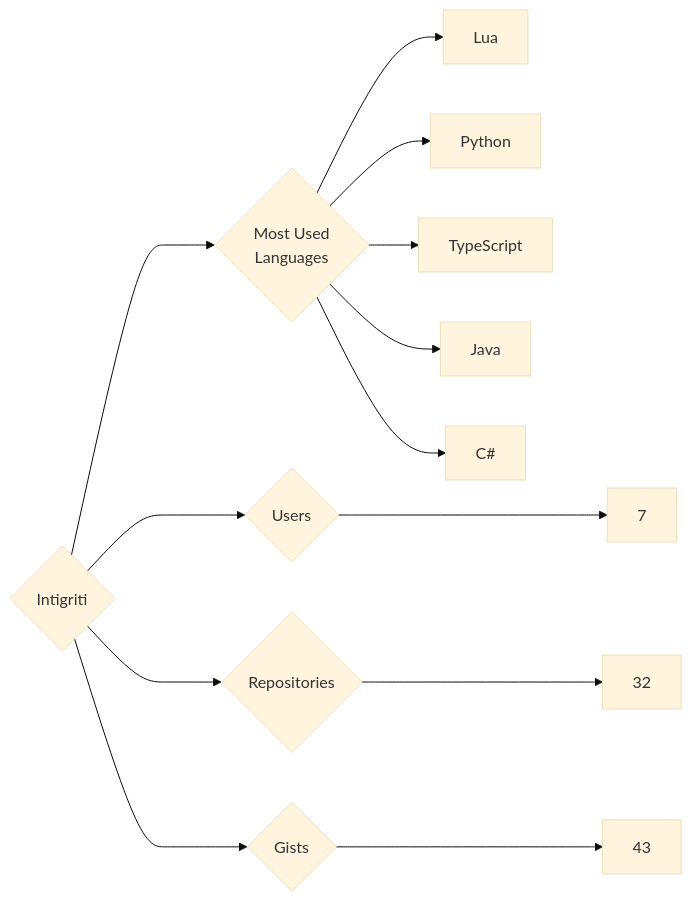
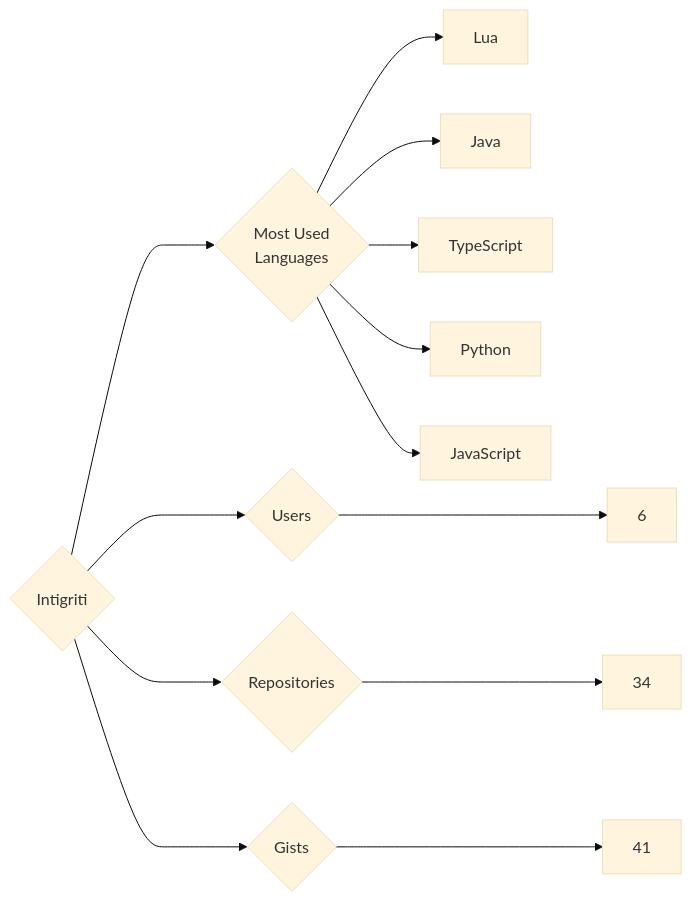
Before and after one commit to trickest/insiders: the diagram in targets/Intigriti/README.md, drawn with Mermaid (base theme). The commit also changed 1092 other files, not shown here.

````diff
--- a/targets/Intigriti/README.md
+++ b/targets/Intigriti/README.md
@@ -3,13 +3,13 @@
 ```mermaid
 graph LR
 COMPANY_NAME{Intigriti}
-COMPANY_NAME ---> U{Users} ---> UN[7]
-COMPANY_NAME ---> R{Repositories} ---> RN[32]
-COMPANY_NAME ---> G{Gists} ---> GN[43]
+COMPANY_NAME ---> U{Users} ---> UN[6]
+COMPANY_NAME ---> R{Repositories} ---> RN[34]
+COMPANY_NAME ---> G{Gists} ---> GN[41]
 COMPANY_NAME ---> ML{Most Used<br>Languages}
 ML --> Lua[Lua]
+ML --> Java[Java]
+ML --> TypeScript[TypeScript]
 ML --> Python[Python]
-ML --> TypeScript[TypeScript]
-ML --> Java[Java]
-ML --> C#[C#]
+ML --> JavaScript[JavaScript]
 ```
````
